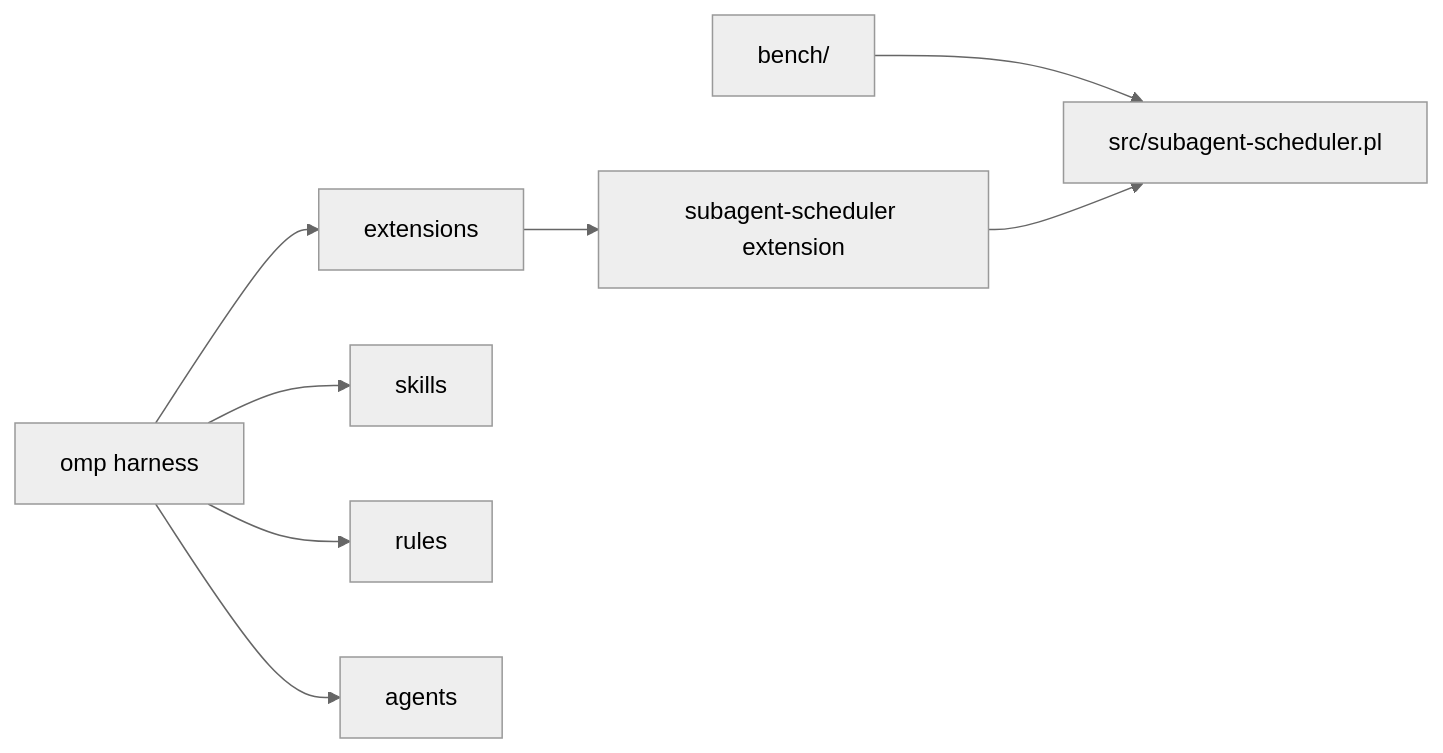
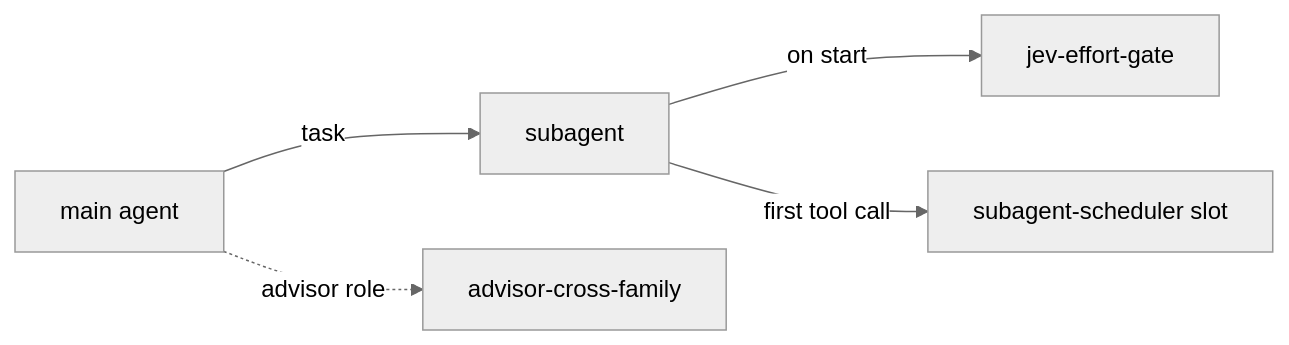
One commit to alchimestre/harness-toolbox changed the diagram in README.md. Above: the diagram before and after it, drawn with Mermaid (neutral theme). The commit also changed other lines of this file and 1 other file, not shown here.

````diff
--- a/README.md
+++ b/README.md
@@ -7,10 +41,7 @@
 ```mermaid
 flowchart LR
-  omp["omp harness"] --> ext["extensions"]
-  omp --> skills["skills"]
-  omp --> rules["rules"]
-  omp --> agents["agents"]
-  ext --> sched["subagent-scheduler extension"]
-  bench["bench/"] --> pl["src/subagent-scheduler.pl"]
-  sched --> pl
+  main["main agent"] -->|task| sub["subagent"]
+  sub -->|on start| gate["jev-effort-gate"]
+  sub -->|first tool call| slot["subagent-scheduler slot"]
+  main -.->|advisor role| adv["advisor-cross-family"]
 ```
````
